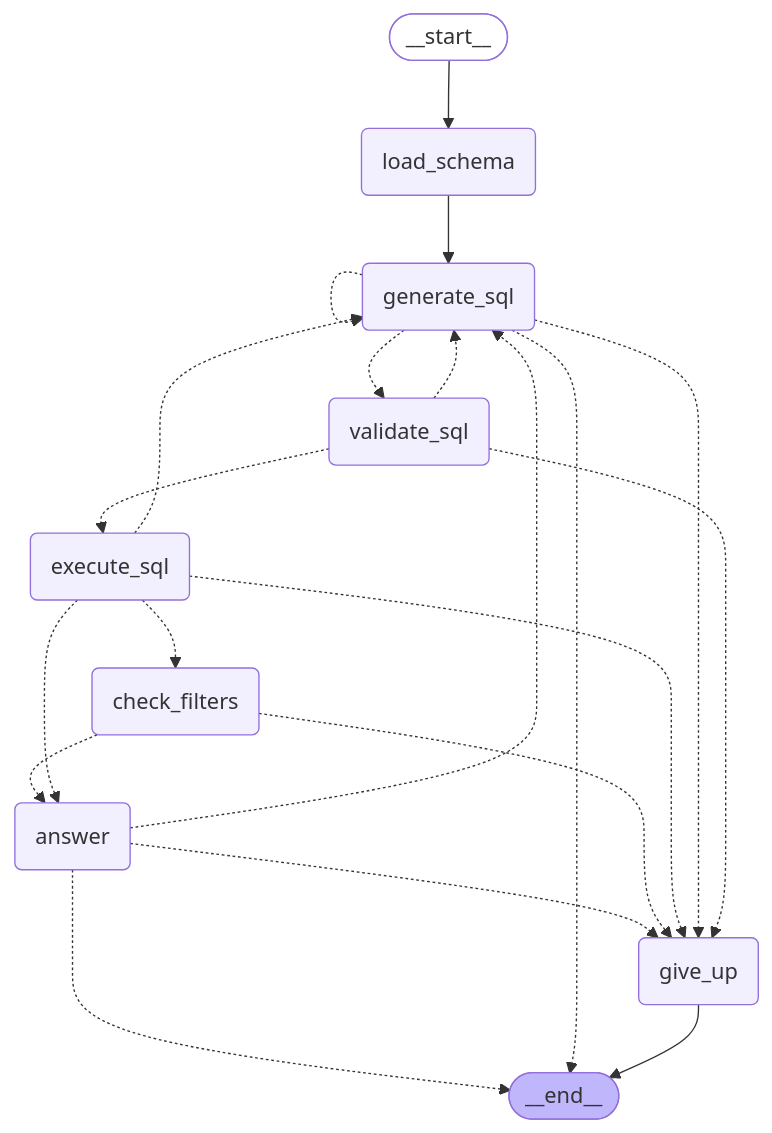
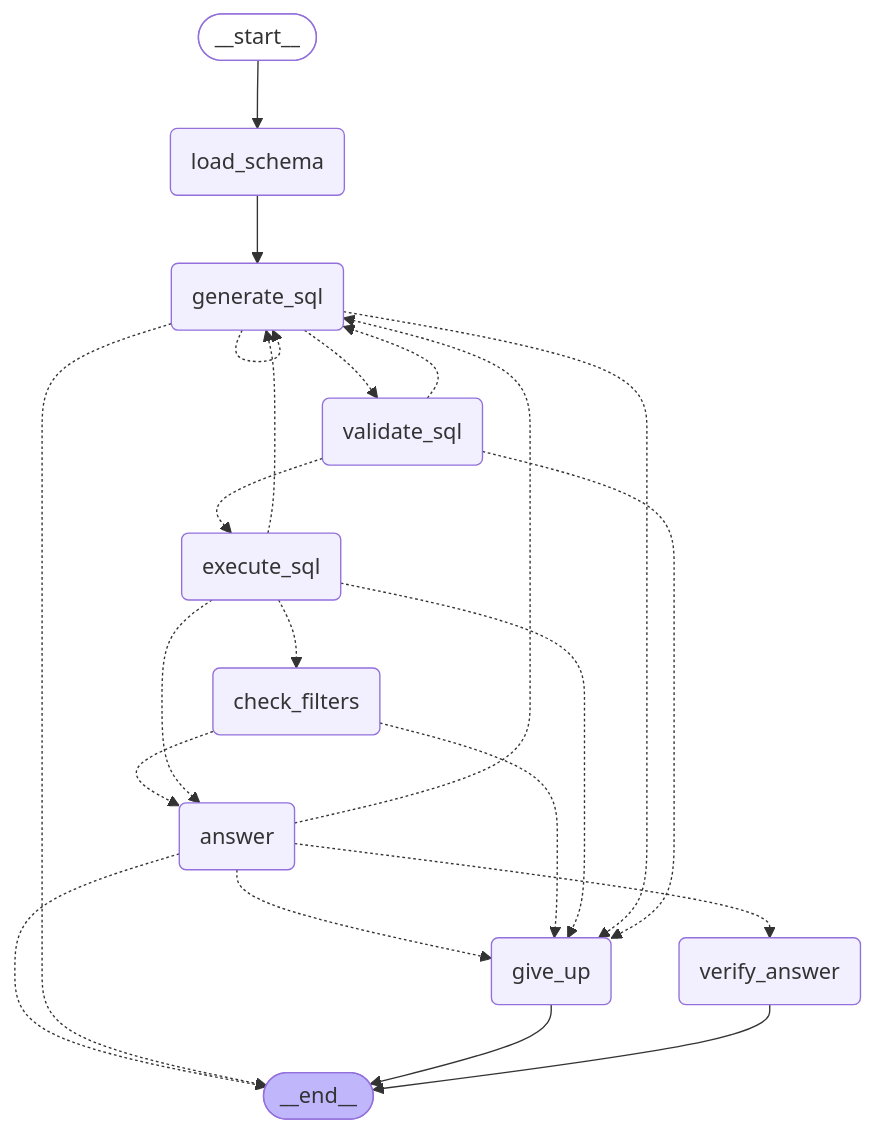
One commit to azizipetrit/university-qa-agent changed the diagram in README.md. Above: the diagram before and after it, drawn with Mermaid. The commit also changed other lines of this file and 35 other files, not shown here.

````diff
--- a/README.md
+++ b/README.md
@@ -35,34 +35,37 @@
 ```mermaid
 graph TD;
     __start__([<p>__start__</p>]):::first
     load_schema(load_schema)
     generate_sql(generate_sql)
     validate_sql(validate_sql)
     execute_sql(execute_sql)
     check_filters(check_filters)
     answer(answer)
+    verify_answer(verify_answer)
     give_up(give_up)
     __end__([<p>__end__</p>]):::last
     __start__ --> load_schema;
     answer -.-> __end__;
     answer -.-> generate_sql;
     answer -.-> give_up;
+    answer -.-> verify_answer;
     check_filters -.-> answer;
     check_filters -.-> give_up;
     execute_sql -.-> answer;
     execute_sql -.-> check_filters;
     execute_sql -.-> generate_sql;
     execute_sql -.-> give_up;
     generate_sql -.-> __end__;
     generate_sql -.-> give_up;
     generate_sql -.-> validate_sql;
     load_schema --> generate_sql;
     validate_sql -.-> execute_sql;
     validate_sql -.-> generate_sql;
     validate_sql -.-> give_up;
     give_up --> __end__;
+    verify_answer --> __end__;
     generate_sql -.-> generate_sql;
     classDef default fill:#f2f0ff,line-height:1.2
     classDef first fill-opacity:0
     classDef last fill:#bfb6fc
 ```
````
